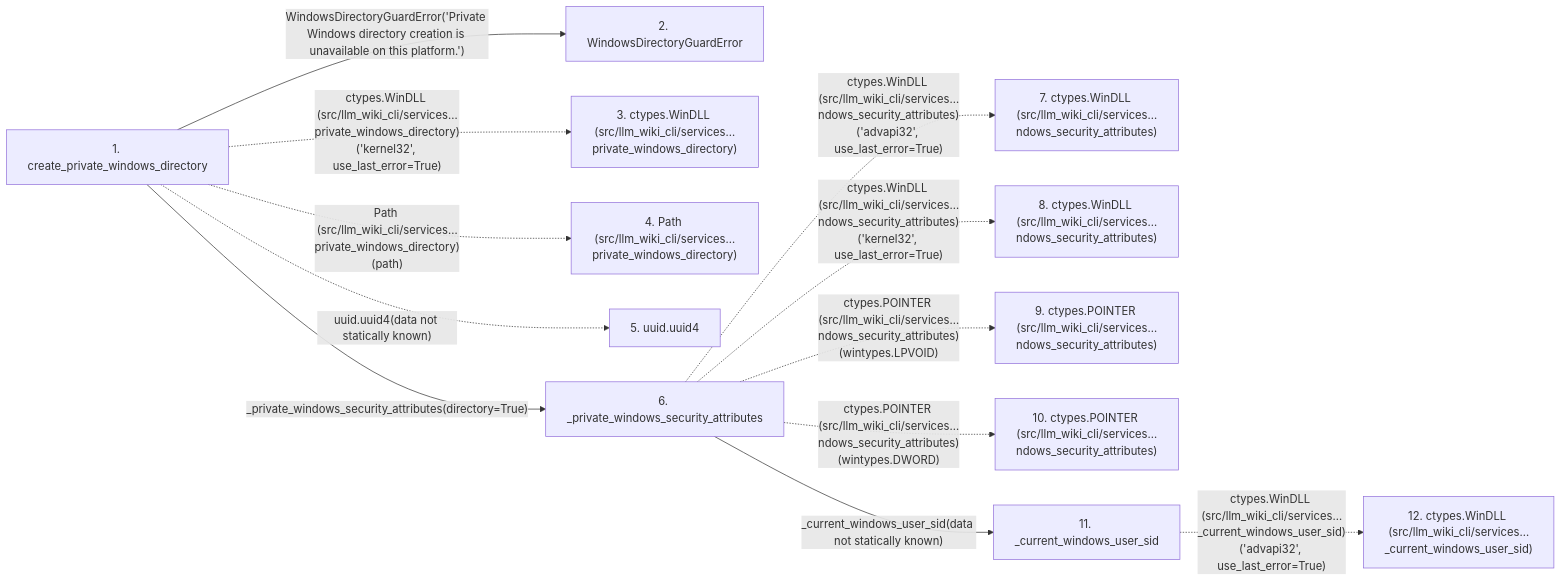
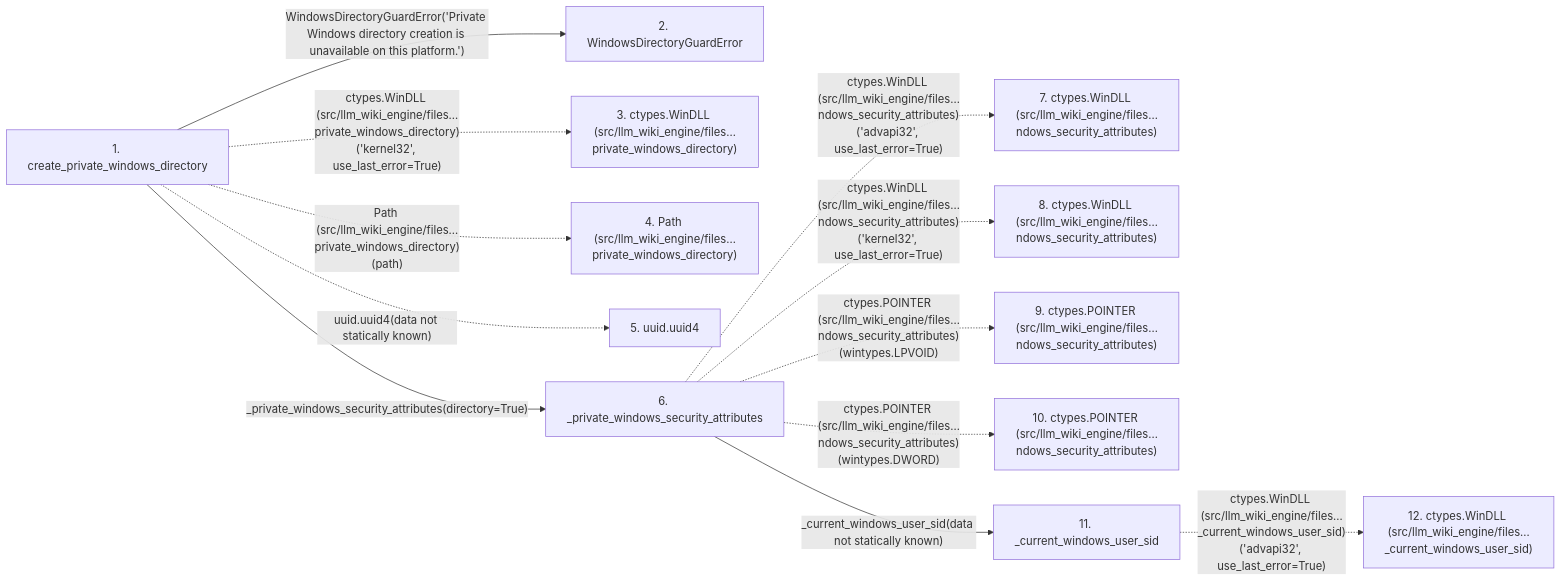
One commit to Denissvgn/python-wiki-llm changed the second of 2 diagrams in docs/llm_wiki/flows/api-create_private_windows_directory.md. Above: the diagram before and after it, drawn with Mermaid. The commit also changed other lines of this file and 739 other files, not shown here.

First line of the commit message:
docs: refresh the wiki for the second engine batch

````diff
--- a/docs/llm_wiki/flows/api-create_private_windows_directory.md
+++ b/docs/llm_wiki/flows/api-create_private_windows_directory.md
@@ -124,30 +124,30 @@
 ```mermaid
 flowchart LR
     s1["1. create_private_windows_directory"]
     s2["2. WindowsDirectoryGuardError"]
-    s3["3. ctypes.WinDLL (src/llm_wiki_cli/services…private_windows_directory)"]
-    s4["4. Path (src/llm_wiki_cli/services…private_windows_directory)"]
+    s3["3. ctypes.WinDLL (src/llm_wiki_engine/files…private_windows_directory)"]
+    s4["4. Path (src/llm_wiki_engine/files…private_windows_directory)"]
     s5["5. uuid.uuid4"]
     s6["6. _private_windows_security_attributes"]
-    s7["7. ctypes.WinDLL (src/llm_wiki_cli/services…ndows_security_attributes)"]
-    s8["8. ctypes.WinDLL (src/llm_wiki_cli/services…ndows_security_attributes)"]
-    s9["9. ctypes.POINTER (src/llm_wiki_cli/services…ndows_security_attributes)"]
-    s10["10. ctypes.POINTER (src/llm_wiki_cli/services…ndows_security_attributes)"]
+    s7["7. ctypes.WinDLL (src/llm_wiki_engine/files…ndows_security_attributes)"]
+    s8["8. ctypes.WinDLL (src/llm_wiki_engine/files…ndows_security_attributes)"]
+    s9["9. ctypes.POINTER (src/llm_wiki_engine/files…ndows_security_attributes)"]
+    s10["10. ctypes.POINTER (src/llm_wiki_engine/files…ndows_security_attributes)"]
     s11["11. _current_windows_user_sid"]
-    s12["12. ctypes.WinDLL (src/llm_wiki_cli/services…_current_windows_user_sid)"]
+    s12["12. ctypes.WinDLL (src/llm_wiki_engine/files…_current_windows_user_sid)"]
     s1 -->|"WindowsDirectoryGuardError('Private Windows directory creation is unavailable on this platform.')"| s2
-    s1 -. "ctypes.WinDLL (src/llm_wiki_cli/services…private_windows_directory)('kernel32', use_last_error=True)" .-> s3
-    s1 -. "Path (src/llm_wiki_cli/services…private_windows_directory)(path)" .-> s4
+    s1 -. "ctypes.WinDLL (src/llm_wiki_engine/files…private_windows_directory)('kernel32', use_last_error=True)" .-> s3
+    s1 -. "Path (src/llm_wiki_engine/files…private_windows_directory)(path)" .-> s4
     s1 -. "uuid.uuid4(data not statically known)" .-> s5
     s1 -->|"_private_windows_security_attributes(directory=True)"| s6
-    s6 -. "ctypes.WinDLL (src/llm_wiki_cli/services…ndows_security_attributes)('advapi32', use_last_error=True)" .-> s7
-    s6 -. "ctypes.WinDLL (src/llm_wiki_cli/services…ndows_security_attributes)('kernel32', use_last_error=True)" .-> s8
-    s6 -. "ctypes.POINTER (src/llm_wiki_cli/services…ndows_security_attributes)(wintypes.LPVOID)" .-> s9
-    s6 -. "ctypes.POINTER (src/llm_wiki_cli/services…ndows_security_attributes)(wintypes.DWORD)" .-> s10
+    s6 -. "ctypes.WinDLL (src/llm_wiki_engine/files…ndows_security_attributes)('advapi32', use_last_error=True)" .-> s7
+    s6 -. "ctypes.WinDLL (src/llm_wiki_engine/files…ndows_security_attributes)('kernel32', use_last_error=True)" .-> s8
+    s6 -. "ctypes.POINTER (src/llm_wiki_engine/files…ndows_security_attributes)(wintypes.LPVOID)" .-> s9
+    s6 -. "ctypes.POINTER (src/llm_wiki_engine/files…ndows_security_attributes)(wintypes.DWORD)" .-> s10
     s6 -->|"_current_windows_user_sid(data not statically known)"| s11
-    s11 -. "ctypes.WinDLL (src/llm_wiki_cli/services…_current_windows_user_sid)('advapi32', use_last_error=True)" .-> s12
+    s11 -. "ctypes.WinDLL (src/llm_wiki_engine/files…_current_windows_user_sid)('advapi32', use_last_error=True)" .-> s12
     click s1 "../modules/filesystem_guard.md"
     click s2 "../modules/filesystem_guard.md"
     click s6 "../modules/filesystem_guard.md"
     click s11 "../modules/filesystem_guard.md"
 ```
````
